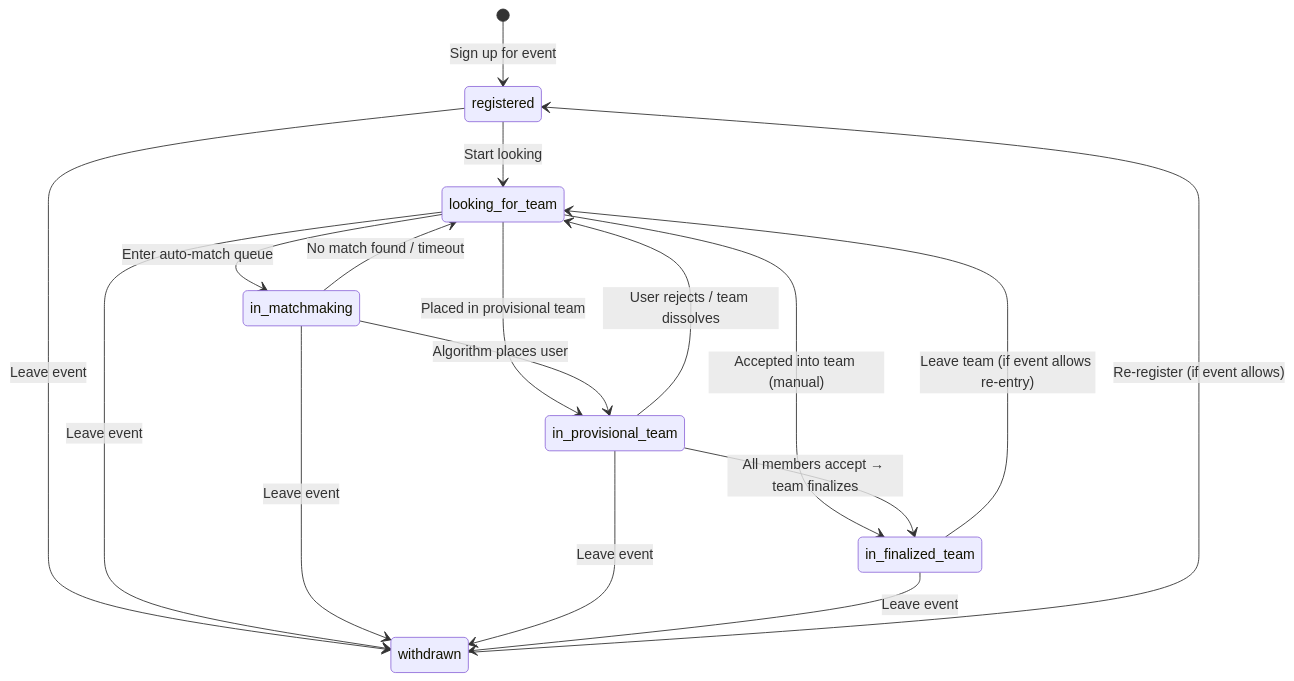
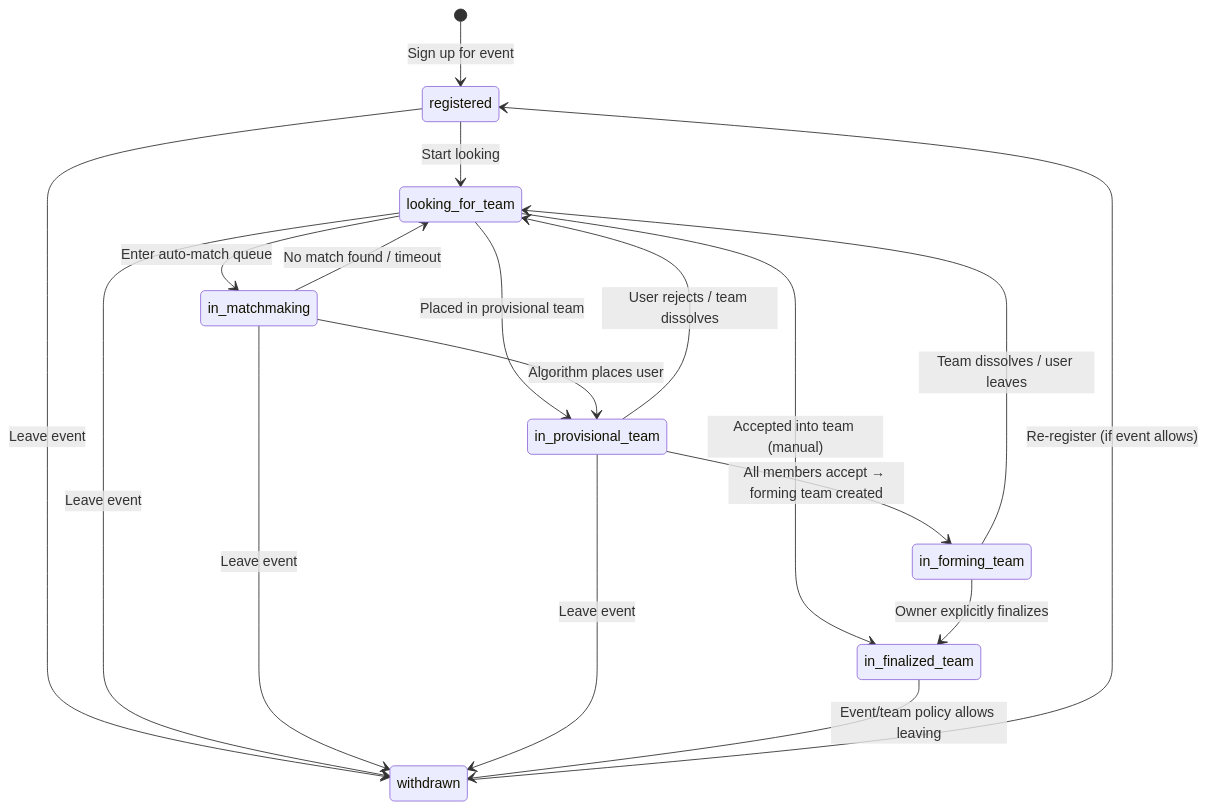
One commit to Saiyanprince15/Omada changed the first of 4 diagrams in docs/state-machines.md. Above: the diagram before and after it, drawn with Mermaid. The commit also changed other lines of this file and 37 other files, not shown here.

````diff
--- a/docs/state-machines.md
+++ b/docs/state-machines.md
@@ -24,25 +25,26 @@
 ```mermaid
 stateDiagram-v2
     [*] --> registered : Sign up for event
 
     registered --> looking_for_team : Start looking
     registered --> withdrawn : Leave event
 
     looking_for_team --> in_matchmaking : Enter auto-match queue
     looking_for_team --> in_provisional_team : Placed in provisional team
     looking_for_team --> in_finalized_team : Accepted into team (manual)
     looking_for_team --> withdrawn : Leave event
 
     in_matchmaking --> in_provisional_team : Algorithm places user
     in_matchmaking --> looking_for_team : No match found / timeout
     in_matchmaking --> withdrawn : Leave event
 
-    in_provisional_team --> in_finalized_team : All members accept → team finalizes
+    in_provisional_team --> in_forming_team : All members accept → forming team created
     in_provisional_team --> looking_for_team : User rejects / team dissolves
     in_provisional_team --> withdrawn : Leave event
 
-    in_finalized_team --> looking_for_team : Leave team (if event allows re-entry)
-    in_finalized_team --> withdrawn : Leave event
+    in_forming_team --> in_finalized_team : Owner explicitly finalizes
+    in_forming_team --> looking_for_team : Team dissolves / user leaves
+    in_finalized_team --> withdrawn : Event/team policy allows leaving
 
     withdrawn --> registered : Re-register (if event allows)
 ```
````
